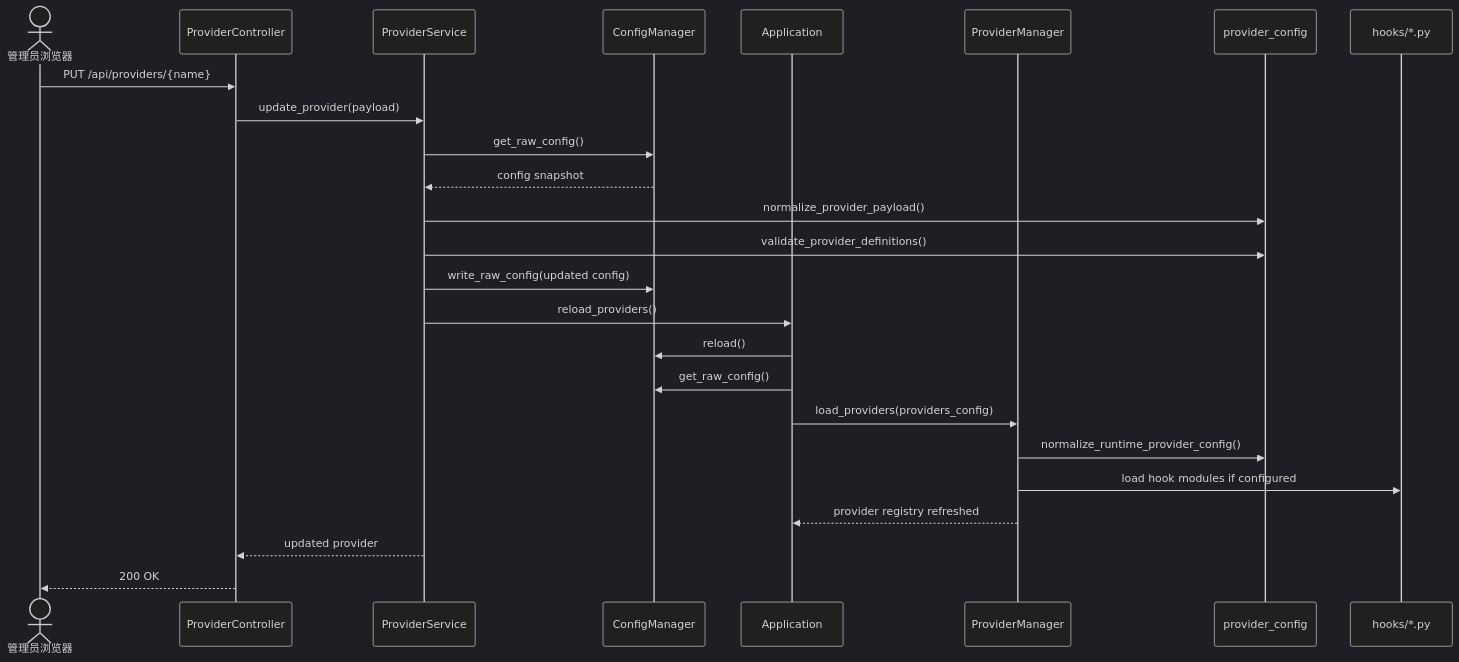
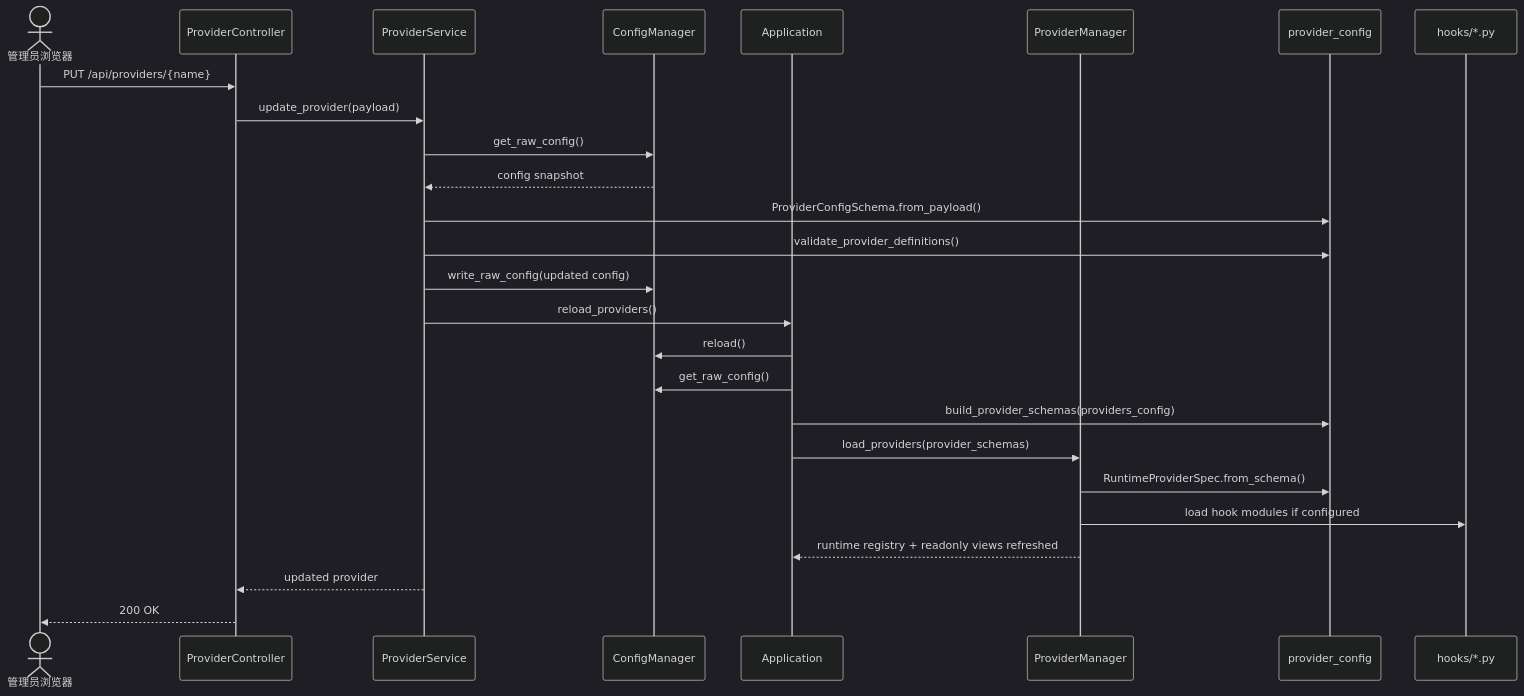
Before and after one commit to VonSdite/LLM_Proxy: the sixth of 9 diagrams in docs/architecture-4plus1.md, drawn with Mermaid (dark theme). The commit also changed other lines of this file and 10 other files, not shown here.

````diff
--- a/docs/architecture-4plus1.md
+++ b/docs/architecture-4plus1.md
@@ -287,28 +313,29 @@
 ```mermaid
 sequenceDiagram
     actor Admin as 管理员浏览器
     participant ProviderCtl as ProviderController
     participant ProviderSvc as ProviderService
     participant ConfigMgr as ConfigManager
     participant App as Application
     participant ProviderMgr as ProviderManager
     participant ProviderCfg as provider_config
     participant Hooks as hooks/*.py
 
     Admin->>ProviderCtl: PUT /api/providers/{name}
     ProviderCtl->>ProviderSvc: update_provider(payload)
     ProviderSvc->>ConfigMgr: get_raw_config()
     ConfigMgr-->>ProviderSvc: config snapshot
-    ProviderSvc->>ProviderCfg: normalize_provider_payload()
+    ProviderSvc->>ProviderCfg: ProviderConfigSchema.from_payload()
     ProviderSvc->>ProviderCfg: validate_provider_definitions()
     ProviderSvc->>ConfigMgr: write_raw_config(updated config)
     ProviderSvc->>App: reload_providers()
     App->>ConfigMgr: reload()
     App->>ConfigMgr: get_raw_config()
-    App->>ProviderMgr: load_providers(providers_config)
-    ProviderMgr->>ProviderCfg: normalize_runtime_provider_config()
+    App->>ProviderCfg: build_provider_schemas(providers_config)
+    App->>ProviderMgr: load_providers(provider_schemas)
+    ProviderMgr->>ProviderCfg: RuntimeProviderSpec.from_schema()
     ProviderMgr->>Hooks: load hook modules if configured
-    ProviderMgr-->>App: provider registry refreshed
+    ProviderMgr-->>App: runtime registry + readonly views refreshed
     ProviderSvc-->>ProviderCtl: updated provider
     ProviderCtl-->>Admin: 200 OK
 ```
````
